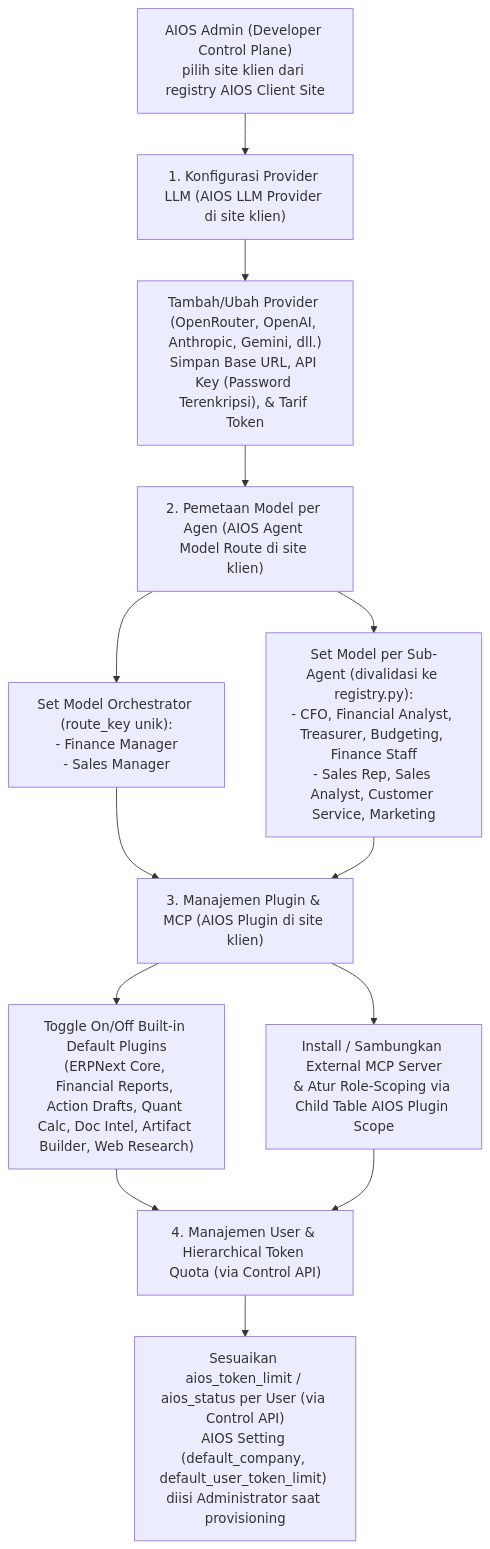
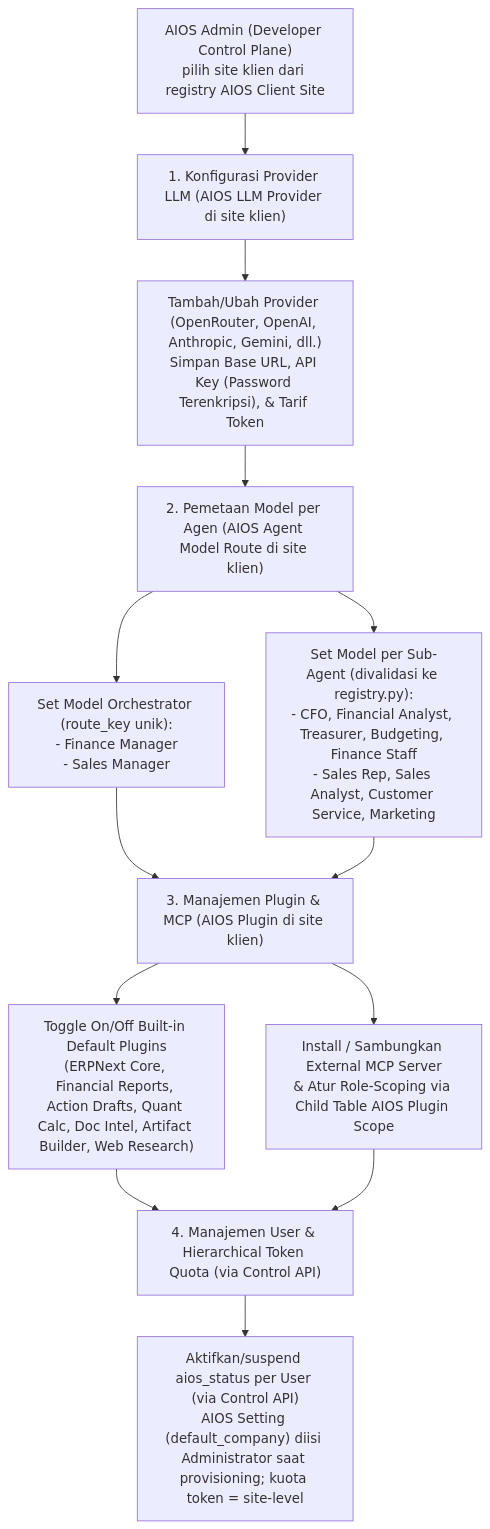
Before and after one commit to Tenshi1308/aios-frappe-16: the second of 8 diagrams in docs/04-alur-kerja-sistem.md, drawn with Mermaid. The commit also changed other lines of this file and 8 other files, not shown here.

Commit message:
docs: tandai #7b selesai & kuota site-only

````diff
--- a/docs/04-alur-kerja-sistem.md
+++ b/docs/04-alur-kerja-sistem.md
@@ -56,15 +55,15 @@
 ```mermaid
 flowchart TD
     Admin["AIOS Admin (Developer Control Plane)<br/>pilih site klien dari registry AIOS Client Site"] --> Prov["1. Konfigurasi Provider LLM (AIOS LLM Provider di site klien)"]
     Prov --> ProvDetail["Tambah/Ubah Provider (OpenRouter, OpenAI, Anthropic, Gemini, dll.)\nSimpan Base URL, API Key (Password Terenkripsi), & Tarif Token"]
     ProvDetail --> Route["2. Pemetaan Model per Agen (AIOS Agent Model Route di site klien)"]
     Route --> RouteOrch["Set Model Orchestrator (route_key unik):\n- Finance Manager\n- Sales Manager"]
     Route --> RouteSub["Set Model per Sub-Agent (divalidasi ke registry.py):\n- CFO, Financial Analyst, Treasurer, Budgeting, Finance Staff\n- Sales Rep, Sales Analyst, Customer Service, Marketing"]
     RouteOrch --> Plugin["3. Manajemen Plugin & MCP (AIOS Plugin di site klien)"]
     RouteSub --> Plugin
     Plugin --> PluginBuiltIn["Toggle On/Off Built-in Default Plugins\n(ERPNext Core, Financial Reports, Action Drafts, Quant Calc, Doc Intel, Artifact Builder, Web Research)"]
     Plugin --> PluginExt["Install / Sambungkan External MCP Server\n& Atur Role-Scoping via Child Table AIOS Plugin Scope"]
     PluginBuiltIn --> Quota["4. Manajemen User & Hierarchical Token Quota (via Control API)"]
     PluginExt --> Quota
-    Quota --> QuotaDetail["Sesuaikan aios_token_limit / aios_status per User (via Control API)\nAIOS Setting (default_company, default_user_token_limit) diisi Administrator saat provisioning"]
+    Quota --> QuotaDetail["Aktifkan/suspend aios_status per User (via Control API)\nAIOS Setting (default_company) diisi Administrator saat provisioning; kuota token = site-level"]
 ```
````
